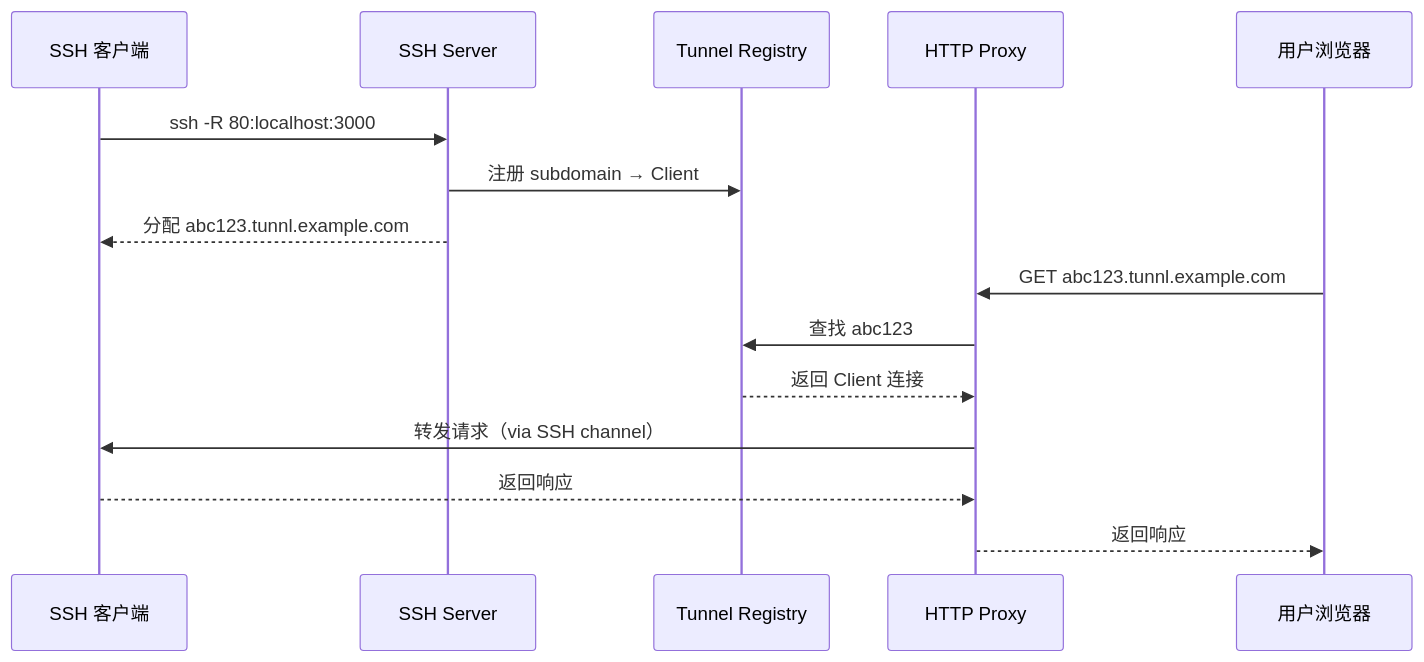
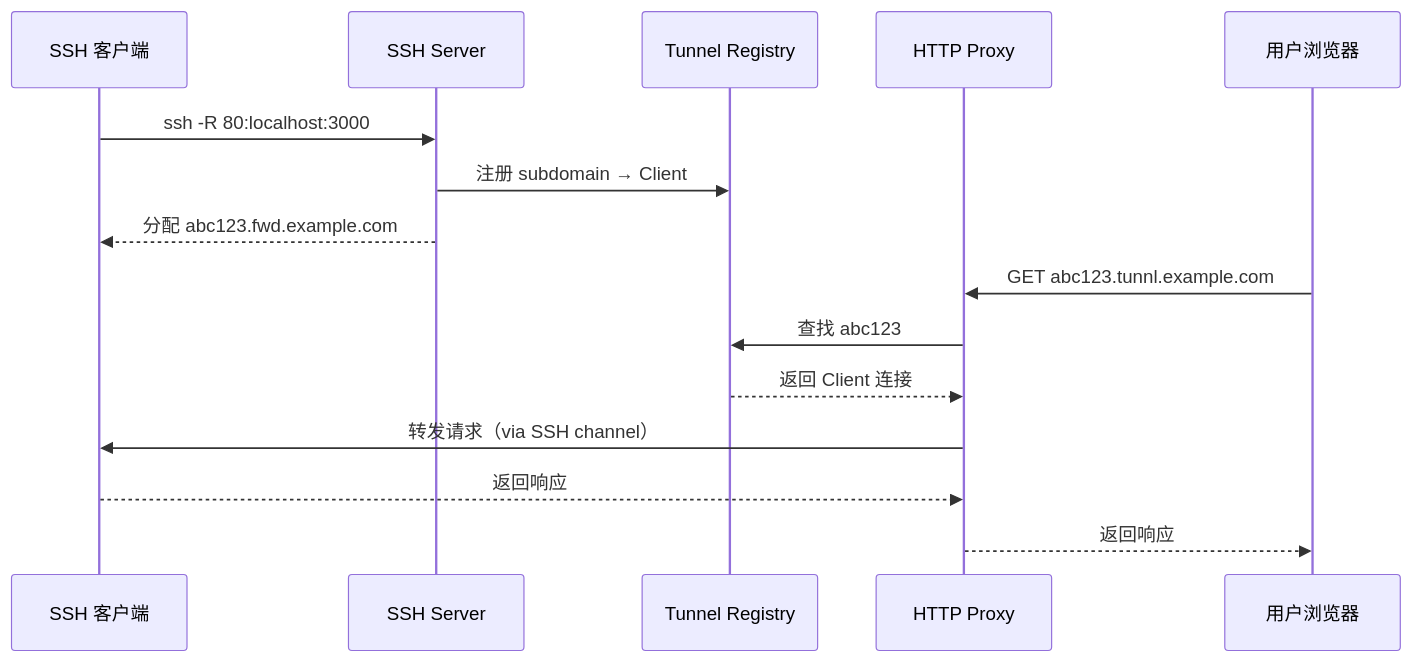
One commit to ZingerLittleBee/EXLO changed the second of 3 diagrams in apps/docs/content/docs/architecture.mdx. Above: the diagram before and after it, drawn with Mermaid. The commit also changed other lines of this file and 9 other files, not shown here.

````diff
--- a/apps/docs/content/docs/architecture.mdx
+++ b/apps/docs/content/docs/architecture.mdx
@@ -62,19 +62,19 @@
 ```mermaid
 sequenceDiagram
     participant Client as SSH 客户端
     participant SSH as SSH Server
     participant Registry as Tunnel Registry
     participant Proxy as HTTP Proxy
     participant User as 用户浏览器
 
     Client->>SSH: ssh -R 80:localhost:3000
     SSH->>Registry: 注册 subdomain → Client
-    SSH-->>Client: 分配 abc123.tunnl.example.com
+    SSH-->>Client: 分配 abc123.fwd.example.com
 
     User->>Proxy: GET abc123.tunnl.example.com
     Proxy->>Registry: 查找 abc123
     Registry-->>Proxy: 返回 Client 连接
     Proxy->>Client: 转发请求（via SSH channel）
     Client-->>Proxy: 返回响应
     Proxy-->>User: 返回响应
 ```
````
